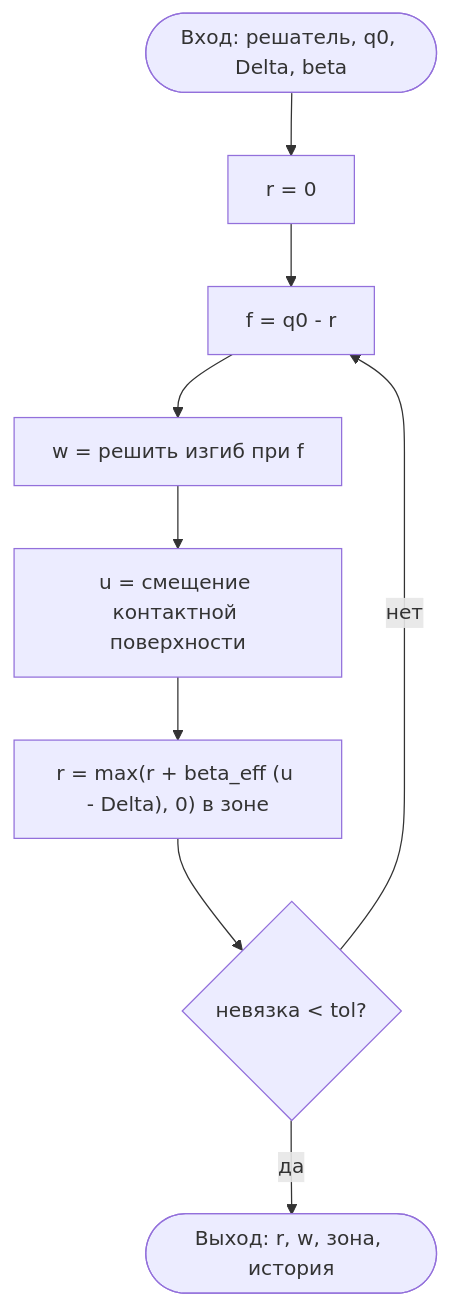
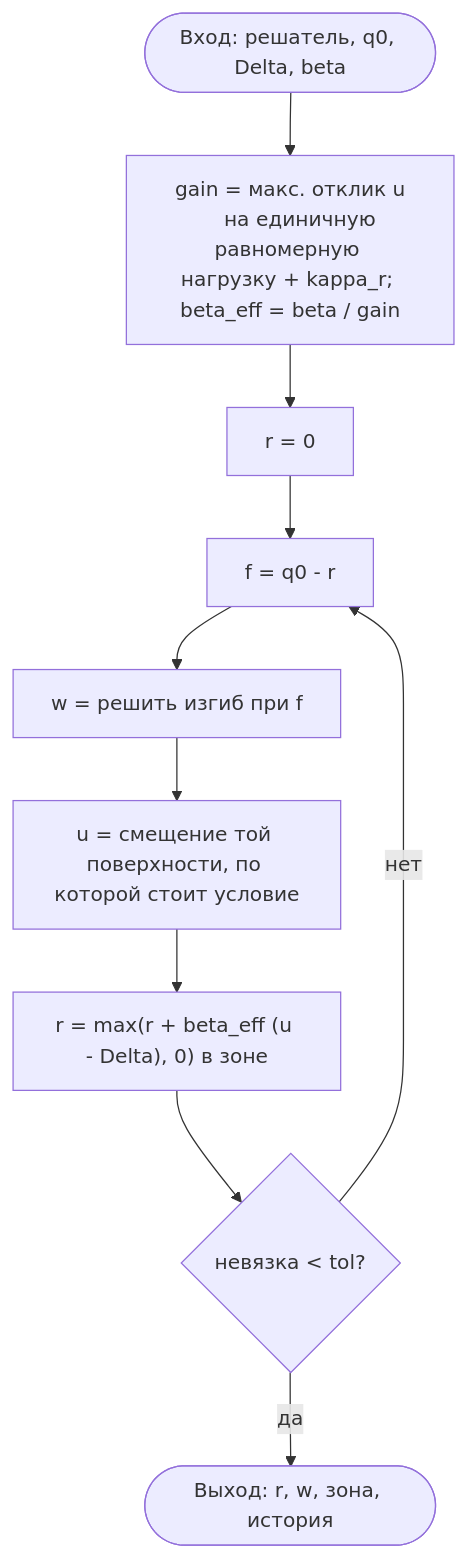
One commit to AnatoDu/plate-solver changed the fifth of 5 diagrams in docs/ALGORITHMS.md. Above: the diagram before and after it, drawn with Mermaid. The commit also changed other lines of this file and 49 other files, not shown here.

````diff
--- a/docs/ALGORITHMS.md
+++ b/docs/ALGORITHMS.md
@@ -210,11 +257,13 @@
 ```mermaid
 flowchart TD
-    A([Вход: решатель, q0, Delta, beta]) --> B[r = 0]
+    A([Вход: решатель, q0, Delta, beta]) --> A2["gain = макс. отклик u
+    на единичную равномерную нагрузку + kappa_r; beta_eff = beta / gain"]
+    A2 --> B[r = 0]
     B --> C["f = q0 - r"]
     C --> D[w = решить изгиб при f]
-    D --> E[u = смещение контактной поверхности]
+    D --> E["u = смещение той поверхности, по которой стоит условие"]
     E --> F["r = max(r + beta_eff (u - Delta), 0) в зоне"]
     F --> G{невязка < tol?}
     G -- нет --> C
     G -- да --> H([Выход: r, w, зона, история])
 ```
````
